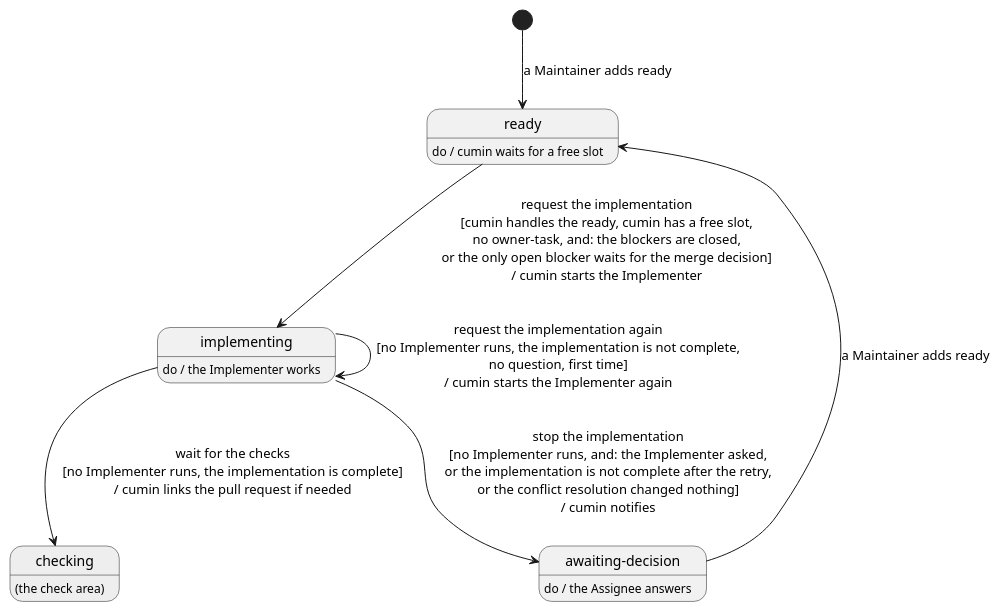
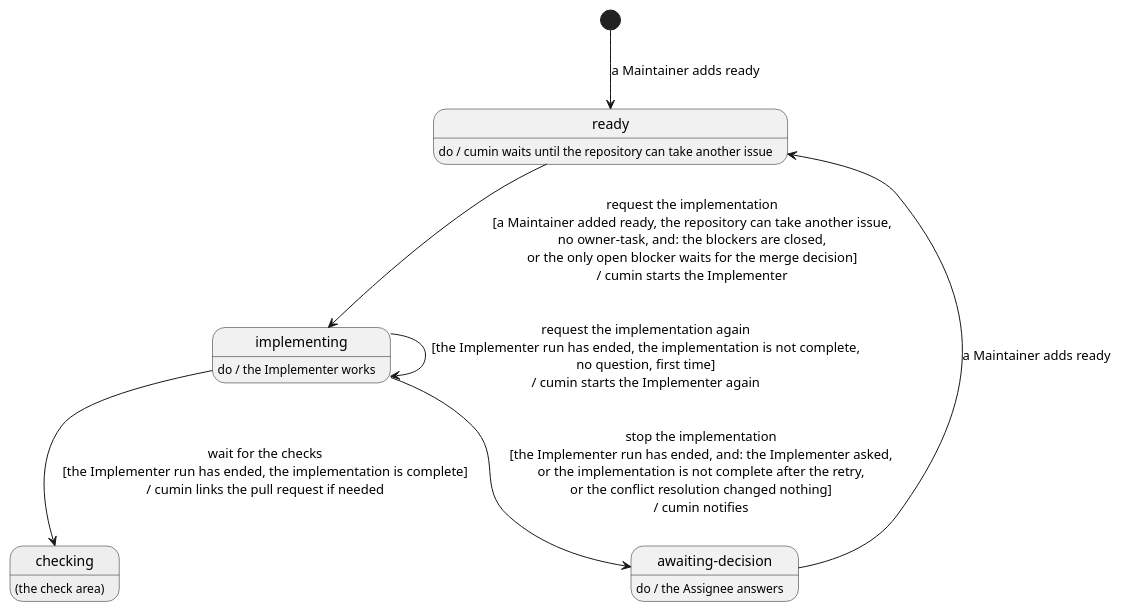
One commit to cloveclovedev/cumin-works changed the diagram in docs/ja/requirements/impl/overview.puml. Above: the diagram before and after it, drawn with PlantUML. The commit also changed 21 other files, not shown here.

First line of the commit message:
docs(requirements): revise IMPL and state permission checks and ended runs plainly

```diff
--- a/docs/ja/requirements/impl/overview.puml
+++ b/docs/ja/requirements/impl/overview.puml
@@ -1,28 +1,28 @@
 @startuml overview
 ' cumin-works - the states of an implementation issue in the implementation stage.
 ' A state is a label on GitHub, written without "cumin/status/". "do /" says who works in the state.
 ' A transition is written: action [guard] / what cumin does. A gray state belongs to another area.
 ' Render: run scripts/render-diagrams.sh at the root of the repository.
 
 hide empty description
 
 state "ready" as Ready
-Ready : do / cumin waits for a free slot
+Ready : do / cumin waits until the repository can take another issue
 
 state "implementing" as Implementing
 Implementing : do / the Implementer works
 
 state "checking" as Checking #EEEEEE
 Checking : (the check area)
 
 state "awaiting-decision" as Decision
 Decision : do / the Assignee answers
 
 [*] --> Ready : a Maintainer adds ready
-Ready --> Implementing : request the implementation\n[cumin handles the ready, cumin has a free slot,\nno owner-task, and: the blockers are closed,\nor the only open blocker waits for the merge decision]\n/ cumin starts the Implementer
-Implementing --> Checking : wait for the checks\n[no Implementer runs, the implementation is complete]\n/ cumin links the pull request if needed
-Implementing --> Implementing : request the implementation again\n[no Implementer runs, the implementation is not complete,\nno question, first time]\n/ cumin starts the Implementer again
-Implementing --> Decision : stop the implementation\n[no Implementer runs, and: the Implementer asked,\nor the implementation is not complete after the retry,\nor the conflict resolution changed nothing]\n/ cumin notifies
+Ready --> Implementing : request the implementation\n[a Maintainer added ready, the repository can take another issue,\nno owner-task, and: the blockers are closed,\nor the only open blocker waits for the merge decision]\n/ cumin starts the Implementer
+Implementing --> Checking : wait for the checks\n[the Implementer run has ended, the implementation is complete]\n/ cumin links the pull request if needed
+Implementing --> Implementing : request the implementation again\n[the Implementer run has ended, the implementation is not complete,\nno question, first time]\n/ cumin starts the Implementer again
+Implementing --> Decision : stop the implementation\n[the Implementer run has ended, and: the Implementer asked,\nor the implementation is not complete after the retry,\nor the conflict resolution changed nothing]\n/ cumin notifies
 Decision --> Ready : a Maintainer adds ready
 
 @enduml
```
